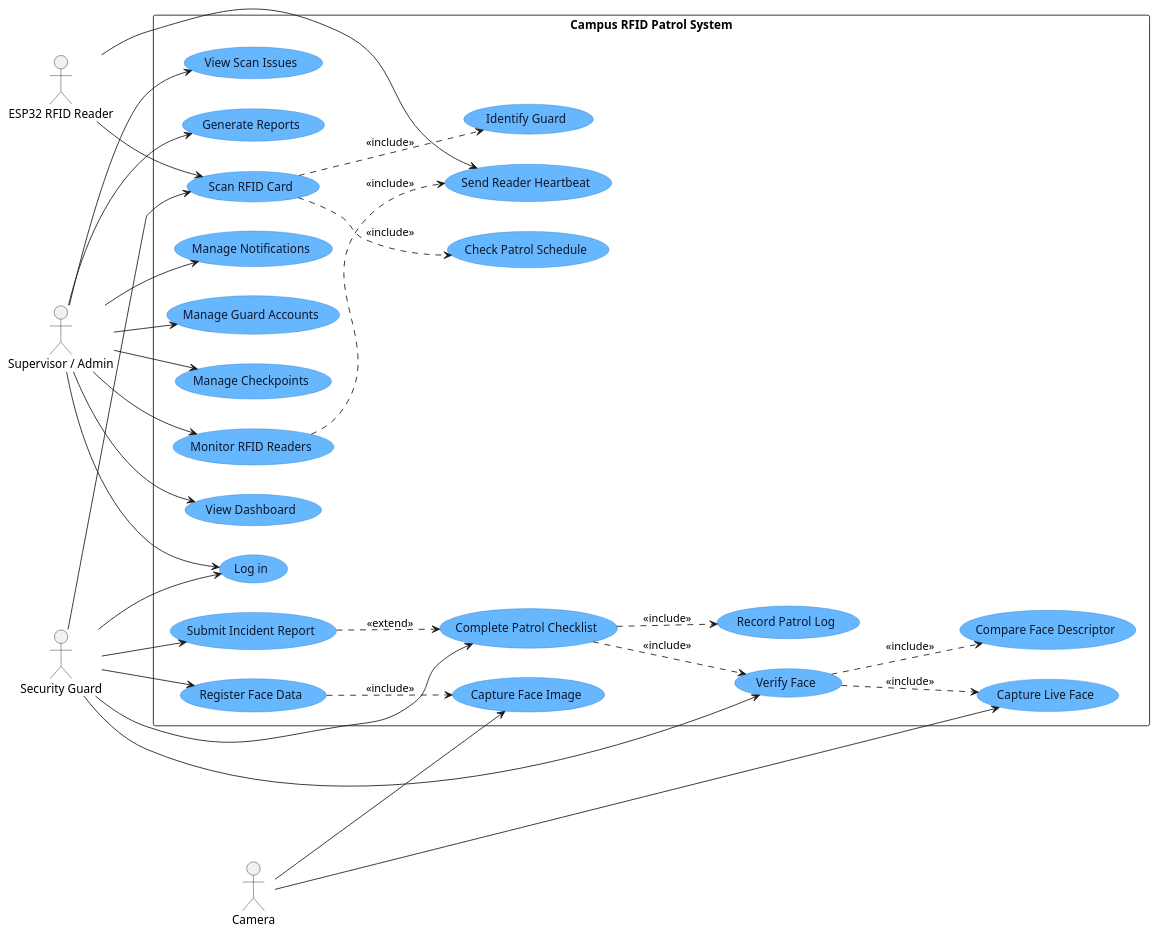
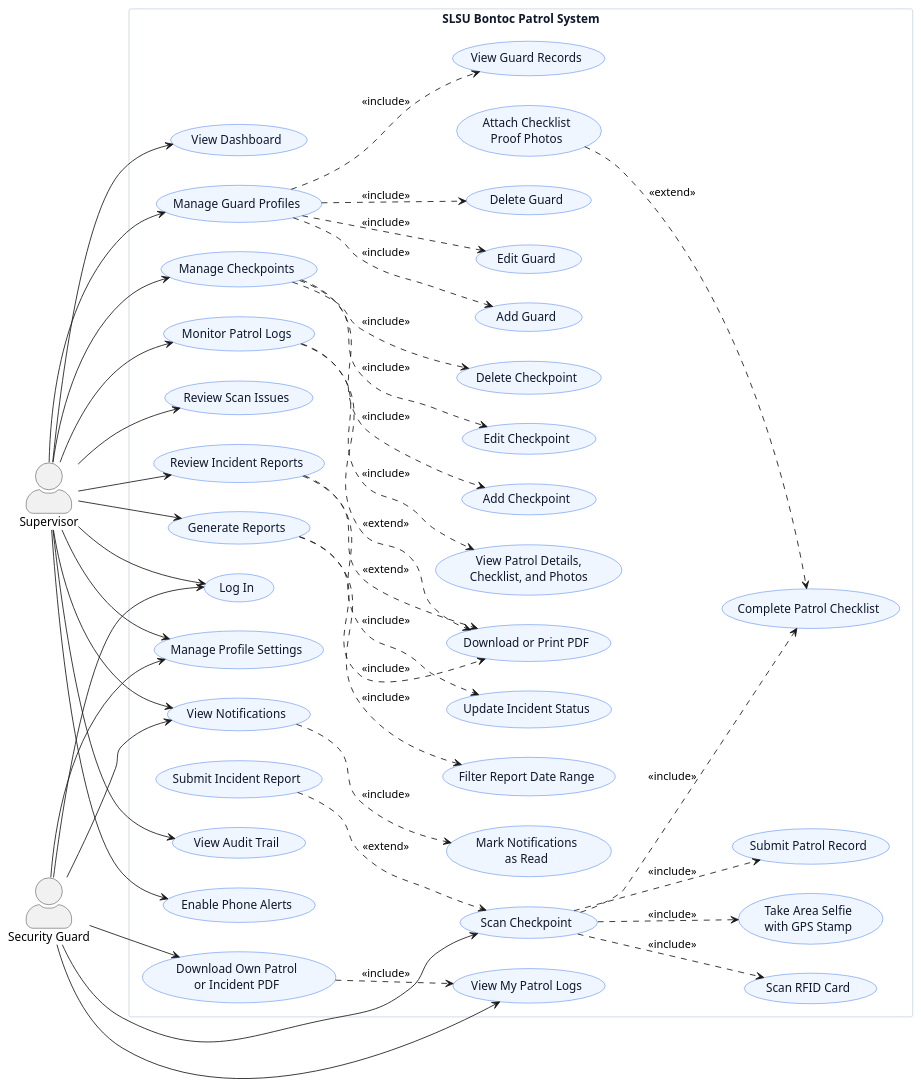
Before and after one commit to Carmellie2005/carms_rfid_capstone: the diagram in docs/use-case-diagram.puml, drawn with PlantUML. The commit also changed 25 other files, not shown here.

```diff
--- a/docs/use-case-diagram.puml
+++ b/docs/use-case-diagram.puml
@@ -1,70 +1,106 @@
 @startuml
 left to right direction
+
+skinparam shadowing false
 skinparam packageStyle rectangle
+skinparam actorStyle awesome
 skinparam usecase {
-  BackgroundColor #67B7FF
-  BorderColor #3182CE
+  BackgroundColor #EFF6FF
+  BorderColor #2563EB
+  FontColor #0F172A
+}
+skinparam rectangle {
+  BorderColor #CBD5E1
   FontColor #0F172A
 }
 
+actor "Supervisor" as Supervisor
 actor "Security Guard" as Guard
-actor "Supervisor / Admin" as Supervisor
-actor "ESP32 RFID Reader" as Reader
-actor "Camera" as Camera
 
-rectangle "Campus RFID Patrol System" {
-  usecase "Log in" as UC_Login
-  usecase "Register Face Data" as UC_RegisterFace
-  usecase "Capture Face Image" as UC_CaptureImage
-  usecase "Scan RFID Card" as UC_Scan
-  usecase "Identify Guard" as UC_Identify
-  usecase "Check Patrol Schedule" as UC_Schedule
-  usecase "Verify Face" as UC_VerifyFace
-  usecase "Capture Live Face" as UC_CaptureFace
-  usecase "Compare Face Descriptor" as UC_CompareFace
-  usecase "Record Patrol Log" as UC_RecordLog
+rectangle "SLSU Bontoc Patrol System" {
+  usecase "Log In" as UC_Login
+  usecase "Manage Profile Settings" as UC_Profile
+  usecase "View Notifications" as UC_Notifications
+  usecase "Mark Notifications\nas Read" as UC_ReadNotifications
+
+  usecase "Scan Checkpoint" as UC_ScanCheckpoint
+  usecase "Scan RFID Card" as UC_ScanRfid
+  usecase "Take Area Selfie\nwith GPS Stamp" as UC_AreaSelfie
   usecase "Complete Patrol Checklist" as UC_Checklist
-  usecase "Submit Incident Report" as UC_Incident
-  usecase "Send Reader Heartbeat" as UC_Heartbeat
-  usecase "Manage Guard Accounts" as UC_ManageGuards
+  usecase "Attach Checklist\nProof Photos" as UC_ProofPhotos
+  usecase "Submit Patrol Record" as UC_SubmitPatrol
+  usecase "Submit Incident Report" as UC_SubmitIncident
+  usecase "View My Patrol Logs" as UC_MyPatrolLogs
+  usecase "Download Own Patrol\nor Incident PDF" as UC_GuardPdf
+
+  usecase "View Dashboard" as UC_Dashboard
+  usecase "Manage Guard Profiles" as UC_ManageGuards
+  usecase "Add Guard" as UC_AddGuard
+  usecase "Edit Guard" as UC_EditGuard
+  usecase "Delete Guard" as UC_DeleteGuard
+  usecase "View Guard Records" as UC_GuardRecords
+
   usecase "Manage Checkpoints" as UC_ManageCheckpoints
-  usecase "Monitor RFID Readers" as UC_MonitorReaders
-  usecase "View Dashboard" as UC_Dashboard
-  usecase "View Scan Issues" as UC_ScanIssues
+  usecase "Add Checkpoint" as UC_AddCheckpoint
+  usecase "Edit Checkpoint" as UC_EditCheckpoint
+  usecase "Delete Checkpoint" as UC_DeleteCheckpoint
+
+  usecase "Monitor Patrol Logs" as UC_PatrolLogs
+  usecase "View Patrol Details,\nChecklist, and Photos" as UC_PatrolDetails
+  usecase "Review Scan Issues" as UC_ScanIssues
+  usecase "Review Incident Reports" as UC_IncidentReports
+  usecase "Update Incident Status" as UC_UpdateIncident
   usecase "Generate Reports" as UC_Reports
-  usecase "Manage Notifications" as UC_Notifications
+  usecase "Filter Report Date Range" as UC_DateFilter
+  usecase "Download or Print PDF" as UC_Pdf
+  usecase "View Audit Trail" as UC_AuditTrail
+  usecase "Enable Phone Alerts" as UC_PhoneAlerts
 }
 
-Guard --> UC_Login
-Guard --> UC_RegisterFace
-Guard --> UC_Scan
-Guard --> UC_VerifyFace
-Guard --> UC_Checklist
-Guard --> UC_Incident
-
-Reader --> UC_Scan
-Reader --> UC_Heartbeat
-
-Camera --> UC_CaptureImage
-Camera --> UC_CaptureFace
-
 Supervisor --> UC_Login
+Supervisor --> UC_Profile
+Supervisor --> UC_Notifications
+Supervisor --> UC_Dashboard
 Supervisor --> UC_ManageGuards
 Supervisor --> UC_ManageCheckpoints
-Supervisor --> UC_MonitorReaders
-Supervisor --> UC_Dashboard
+Supervisor --> UC_PatrolLogs
 Supervisor --> UC_ScanIssues
+Supervisor --> UC_IncidentReports
 Supervisor --> UC_Reports
-Supervisor --> UC_Notifications
+Supervisor --> UC_AuditTrail
+Supervisor --> UC_PhoneAlerts
 
-UC_RegisterFace ..> UC_CaptureImage : <<include>>
-UC_Scan ..> UC_Identify : <<include>>
-UC_Scan ..> UC_Schedule : <<include>>
-UC_VerifyFace ..> UC_CaptureFace : <<include>>
-UC_VerifyFace ..> UC_CompareFace : <<include>>
-UC_Checklist ..> UC_VerifyFace : <<include>>
-UC_Checklist ..> UC_RecordLog : <<include>>
-UC_Incident ..> UC_Checklist : <<extend>>
-UC_MonitorReaders ..> UC_Heartbeat : <<include>>
+Guard --> UC_Login
+Guard --> UC_Profile
+Guard --> UC_Notifications
+Guard --> UC_ScanCheckpoint
+Guard --> UC_MyPatrolLogs
+Guard --> UC_GuardPdf
+
+UC_Notifications ..> UC_ReadNotifications : <<include>>
+
+UC_ScanCheckpoint ..> UC_ScanRfid : <<include>>
+UC_ScanCheckpoint ..> UC_AreaSelfie : <<include>>
+UC_ScanCheckpoint ..> UC_Checklist : <<include>>
+UC_ScanCheckpoint ..> UC_SubmitPatrol : <<include>>
+UC_ProofPhotos ..> UC_Checklist : <<extend>>
+UC_SubmitIncident ..> UC_ScanCheckpoint : <<extend>>
+UC_GuardPdf ..> UC_MyPatrolLogs : <<include>>
+
+UC_ManageGuards ..> UC_AddGuard : <<include>>
+UC_ManageGuards ..> UC_EditGuard : <<include>>
+UC_ManageGuards ..> UC_DeleteGuard : <<include>>
+UC_ManageGuards ..> UC_GuardRecords : <<include>>
+
+UC_ManageCheckpoints ..> UC_AddCheckpoint : <<include>>
+UC_ManageCheckpoints ..> UC_EditCheckpoint : <<include>>
+UC_ManageCheckpoints ..> UC_DeleteCheckpoint : <<include>>
+
+UC_PatrolLogs ..> UC_PatrolDetails : <<include>>
+UC_IncidentReports ..> UC_UpdateIncident : <<include>>
+UC_Reports ..> UC_DateFilter : <<include>>
+UC_Reports ..> UC_Pdf : <<include>>
+UC_PatrolLogs ..> UC_Pdf : <<extend>>
+UC_IncidentReports ..> UC_Pdf : <<extend>>
 
 @enduml
```
